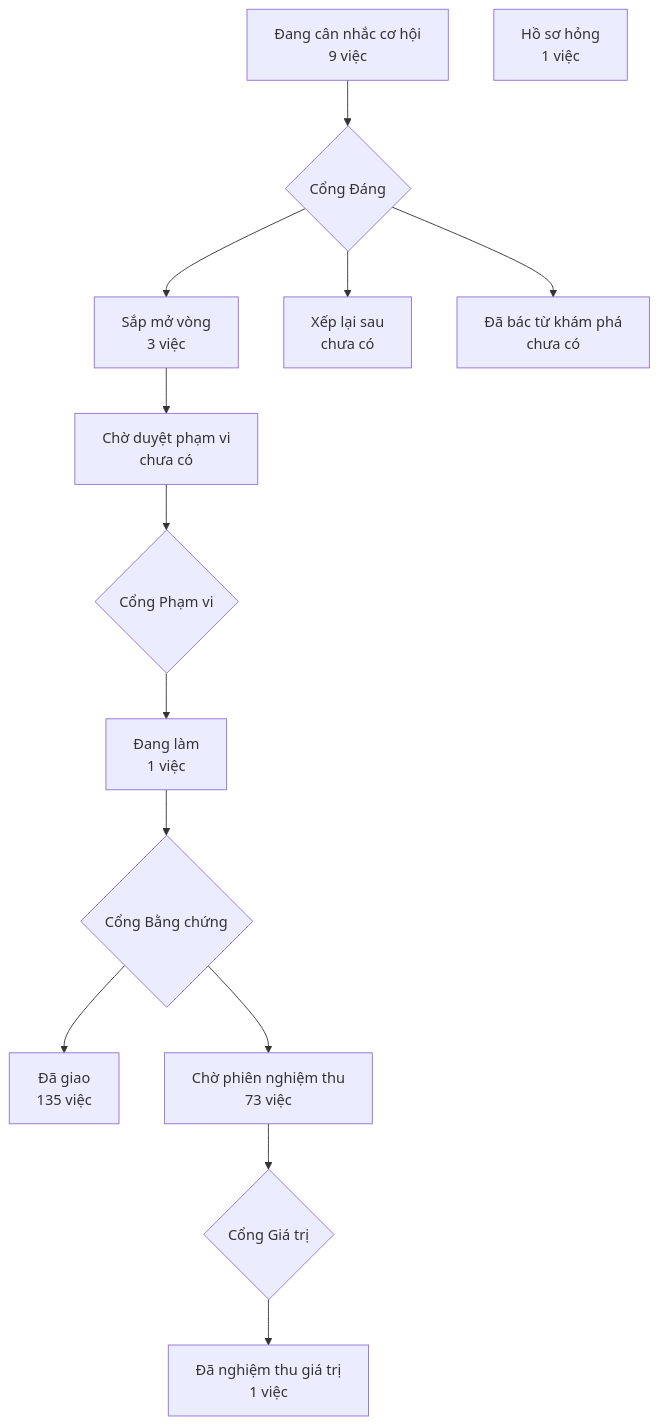
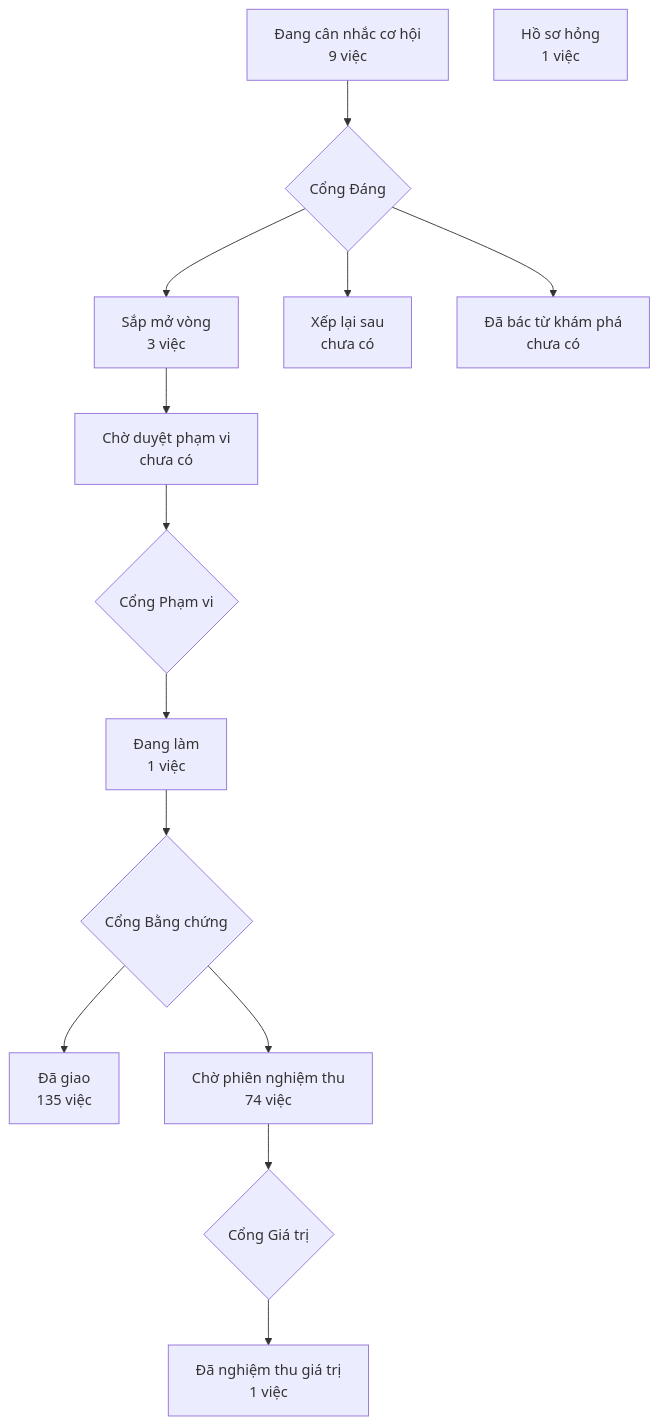
The diagram in PRODUCT-MAP.md (phanlemanh/crm-onehub), drawn with Mermaid before and after one commit. The commit also changed other lines of this file and 1 other file, not shown here.

Commit message:
docs(ly-do-can-chinh-tu-soan): ve lai ban do san pham

````diff
--- a/PRODUCT-MAP.md
+++ b/PRODUCT-MAP.md
@@ -7,13 +7,13 @@
 ```mermaid
 flowchart TD
   A["Đang cân nhắc cơ hội<br/>9 việc"] --> GD{"Cổng Đáng"}
   GD --> B["Sắp mở vòng<br/>3 việc"]
   GD --> XL["Xếp lại sau<br/>chưa có"]
   GD --> DB["Đã bác từ khám phá<br/>chưa có"]
   B --> CD["Chờ duyệt phạm vi<br/>chưa có"] --> GP{"Cổng Phạm vi"}
   GP --> DL["Đang làm<br/>1 việc"] --> GB{"Cổng Bằng chứng"}
   GB --> DG["Đã giao<br/>135 việc"]
-  GB --> CN["Chờ phiên nghiệm thu<br/>73 việc"] --> GG{"Cổng Giá trị"}
+  GB --> CN["Chờ phiên nghiệm thu<br/>74 việc"] --> GG{"Cổng Giá trị"}
   GG --> NT["Đã nghiệm thu giá trị<br/>1 việc"]
   HS["Hồ sơ hỏng<br/>1 việc"]
 ```
````
